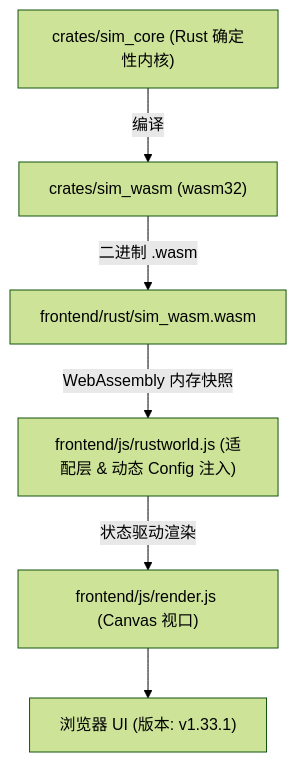
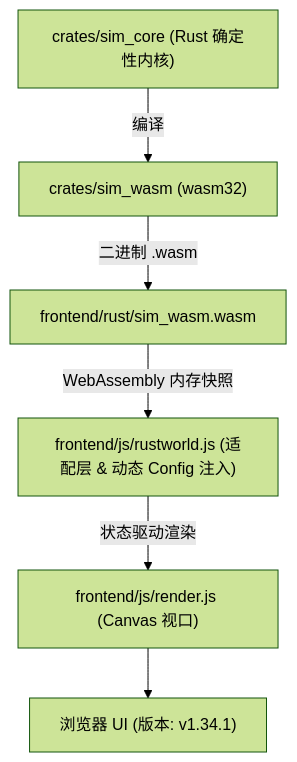
One commit to g39088902/FlowAndAccord changed the diagram in AGENTS.md. Above: the diagram before and after it, drawn with Mermaid (forest theme). The commit also changed other lines of this file and 27 other files, not shown here.

````diff
--- a/AGENTS.md
+++ b/AGENTS.md
@@ -51,8 +51,8 @@
 ```mermaid
 graph TD
     A["crates/sim_core (Rust 确定性内核)"] -->|编译| B["crates/sim_wasm (wasm32)"]
     B -->|二进制 .wasm| C["frontend/rust/sim_wasm.wasm"]
     C -->|WebAssembly 内存快照| D["frontend/js/rustworld.js (适配层 & 动态 Config 注入)"]
     D -->|状态驱动渲染| E["frontend/js/render.js (Canvas 视口)"]
-    E --> F["浏览器 UI (版本: v1.33.1)"]
+    E --> F["浏览器 UI (版本: v1.34.1)"]
 ```
````
